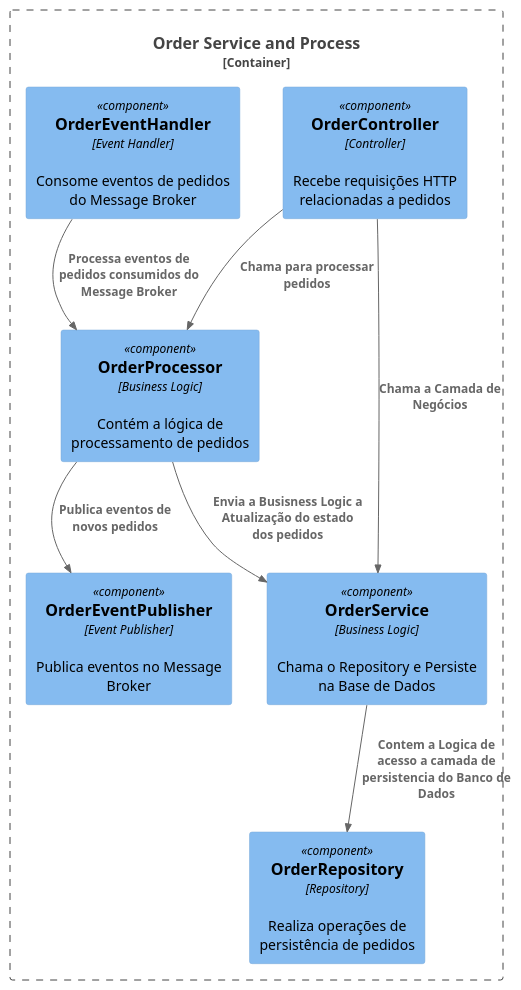
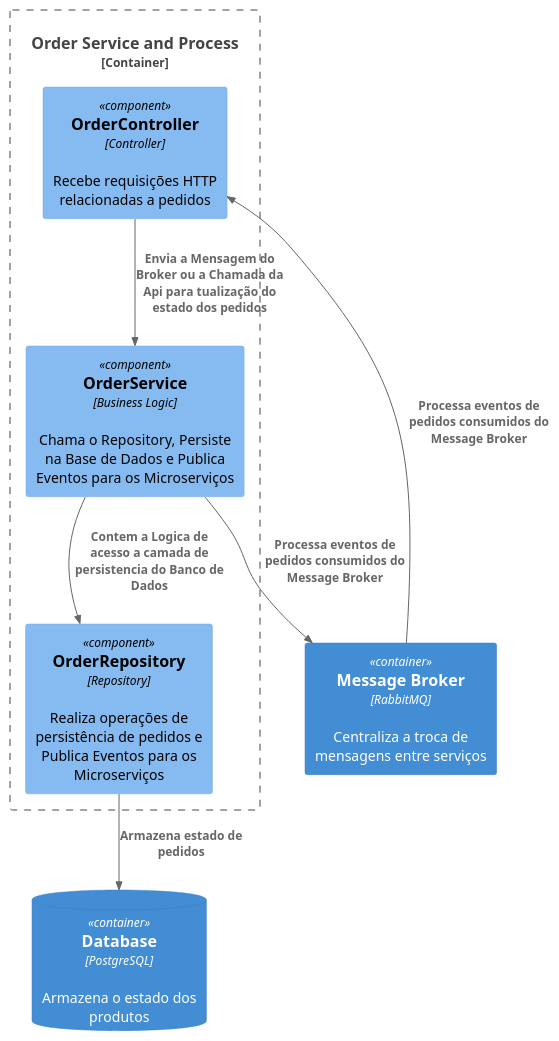
The diagram in n4-code-order.plantuml (jnerydesigner/Bemol), drawn with PlantUML before and after one commit. The commit also changed 58 other files, not shown here.

```diff
--- a/n4-code-order.plantuml
+++ b/n4-code-order.plantuml
@@ -1,21 +1,23 @@
 @startuml Code n4
 !include https://raw.githubusercontent.com/plantuml-stdlib/C4-PlantUML/master/C4_Component.puml
 
 Container_Boundary(orderServiceAndProcess, "Order Service and Process") {
     Component(orderController, "OrderController", "Controller", "Recebe requisições HTTP relacionadas a pedidos")
-    Component(orderEventHandler, "OrderEventHandler", "Event Handler", "Consome eventos de pedidos do Message Broker")
-    Component(orderRepository, "OrderRepository", "Repository", "Realiza operações de persistência de pedidos")
-    Component(orderProcessor, "OrderProcessor", "Business Logic", "Contém a lógica de processamento de pedidos")
-    Component(orderEventPublisher, "OrderEventPublisher", "Event Publisher", "Publica eventos no Message Broker")
-    Component(orderService, "OrderService", "Business Logic", "Chama o Repository e Persiste na Base de Dados")
+    Component(orderRepository, "OrderRepository", "Repository", "Realiza operações de persistência de pedidos e Publica Eventos para os Microserviços")
+    Component(orderService, "OrderService", "Business Logic", "Chama o Repository, Persiste na Base de Dados e Publica Eventos para os Microserviços")
+
 }
 
+  ContainerDb(database, "Database", "PostgreSQL", "Armazena o estado dos produtos")
+  Container(broker, "Message Broker", "RabbitMQ", "Centraliza a troca de mensagens entre serviços")
 
-Rel(orderController, orderProcessor, "Chama para processar pedidos")
-Rel(orderProcessor, orderService, "Envia a Busisness Logic a Atualização do estado dos pedidos")
-Rel(orderProcessor, orderEventPublisher, "Publica eventos de novos pedidos")
-Rel(orderEventHandler, orderProcessor, "Processa eventos de pedidos consumidos do Message Broker")
-Rel(orderController, orderService, "Chama a Camada de Negócios")
+
+
+
+Rel(broker, orderController, "Processa eventos de pedidos consumidos do Message Broker")
+Rel(orderService, broker, "Processa eventos de pedidos consumidos do Message Broker")
+Rel(orderController, orderService, "Envia a Mensagem do Broker ou a Chamada da Api para tualização do estado dos pedidos")
 Rel(orderService, orderRepository, "Contem a Logica de acesso a camada de persistencia do Banco de Dados")
+Rel(orderRepository, database, "Armazena estado de pedidos")
 
 @enduml
```
